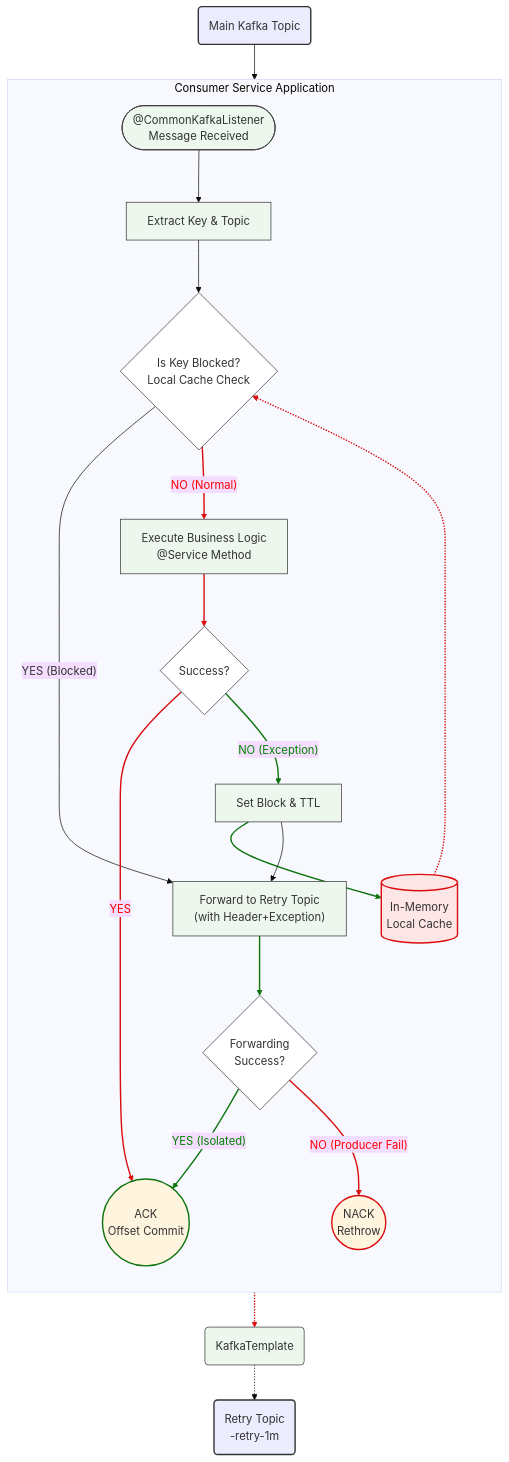
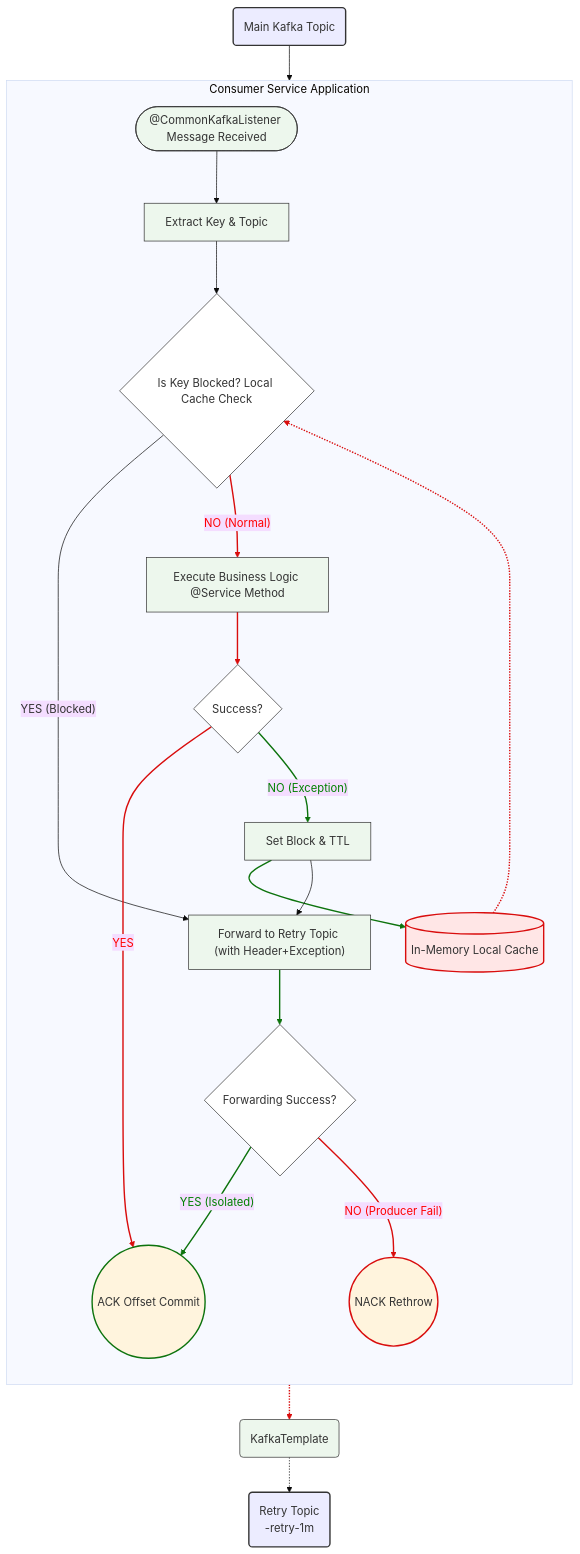
Before and after one commit to 1-sanghyeondong/common-kafka: the diagram in README.md, drawn with Mermaid (base theme).

````diff
--- a/README.md
+++ b/README.md
@@ -90,66 +90,66 @@
 ```mermaid
 flowchart TD
 %% 스타일 정의
 classDef kafka fill:#ECECFF,stroke:#333,stroke-width:2px;
 classDef app fill:#FFF4E6,stroke:#D9730D,stroke-width:2px,stroke-dasharray: 5 5;
 classDef process fill:#EDF7ED,stroke:#333,stroke-width:1px;
 classDef decision fill:#FFF,stroke:#333,stroke-width:1px;
 classDef store fill:#FFE6E6,stroke:#D90D0D,stroke-width:2px;
 classDef success stroke:#0D730D,stroke-width:2px;
 classDef fail stroke:#D90D0D,stroke-width:2px;
 
     %% 외부 시스템
     MainTopic(Main Kafka Topic):::kafka
     RetryTopic(Retry Topic\n-retry-1m):::kafka
 
     %% 내부 로직
     subgraph App ["Consumer Service Application"]
         direction TB
-        Listener(["@CommonKafkaListener\nMessage Received"]):::process
+        Listener(["@CommonKafkaListener Message Received"]):::process
         Extract[Extract Key & Topic]:::process
         
-        CheckBlock{Is Key Blocked?\nLocal Cache Check}:::decision
-        LocalCache[(In-Memory\nLocal Cache)]:::store
+        CheckBlock{Is Key Blocked? Local Cache Check}:::decision
+        LocalCache[(In-Memory Local Cache)]:::store
         
-        Execute["Execute Business Logic\n@Service Method"]:::process
+        Execute["Execute Business Logic @Service Method"]:::process
         LogicSuccess{Success?}:::decision
         
         SetBlock[Set Block & TTL]:::process
-        Forward["Forward to Retry Topic\n(with Header+Exception)"]:::process
-        ForwardSuccess{Forwarding\nSuccess?}:::decision
+        Forward["Forward to Retry Topic (with Header+Exception)"]:::process
+        ForwardSuccess{Forwarding Success?}:::decision
         
-        ACK((ACK\nOffset Commit)):::success
-        NACK((NACK\nRethrow)):::fail
+        ACK((ACK Offset Commit)):::success
+        NACK((NACK Rethrow)):::fail
     end
 
     %% 흐름 연결
     MainTopic --> Listener
     Listener --> Extract
     Extract --> CheckBlock
     
     %% 1. 블로킹 체크 경로
     CheckBlock -- "YES (Blocked)" --> Forward
     LocalCache -.-> CheckBlock
 
     %% 2. 정상 실행 경로
     CheckBlock -- "NO (Normal)" --> Execute
     Execute --> LogicSuccess
     LogicSuccess -- YES --> ACK
     
     %% 3. 로직 실패 및 격리 경로
     LogicSuccess -- "NO (Exception)" --> SetBlock
     SetBlock --> LocalCache
     SetBlock --> Forward
     Forward --> ForwardSuccess
     
     %% 4. 결과 처리 및 안전 장치
     ForwardSuccess -- "YES (Isolated)" --> ACK
     ForwardSuccess -- "NO (Producer Fail)" --> NACK
 
     %% 외부 전송
     Forward -.-> KafkaTemplate(KafkaTemplate):::process -.-> RetryTopic
 
     %% 스타일 적용
     linkStyle 4,5,6,7,13,14 stroke:#D90D0D,stroke-width:2px,color:red;
     linkStyle 8,9,11,12 stroke:#0D730D,stroke-width:2px,color:green;
 ```
````
